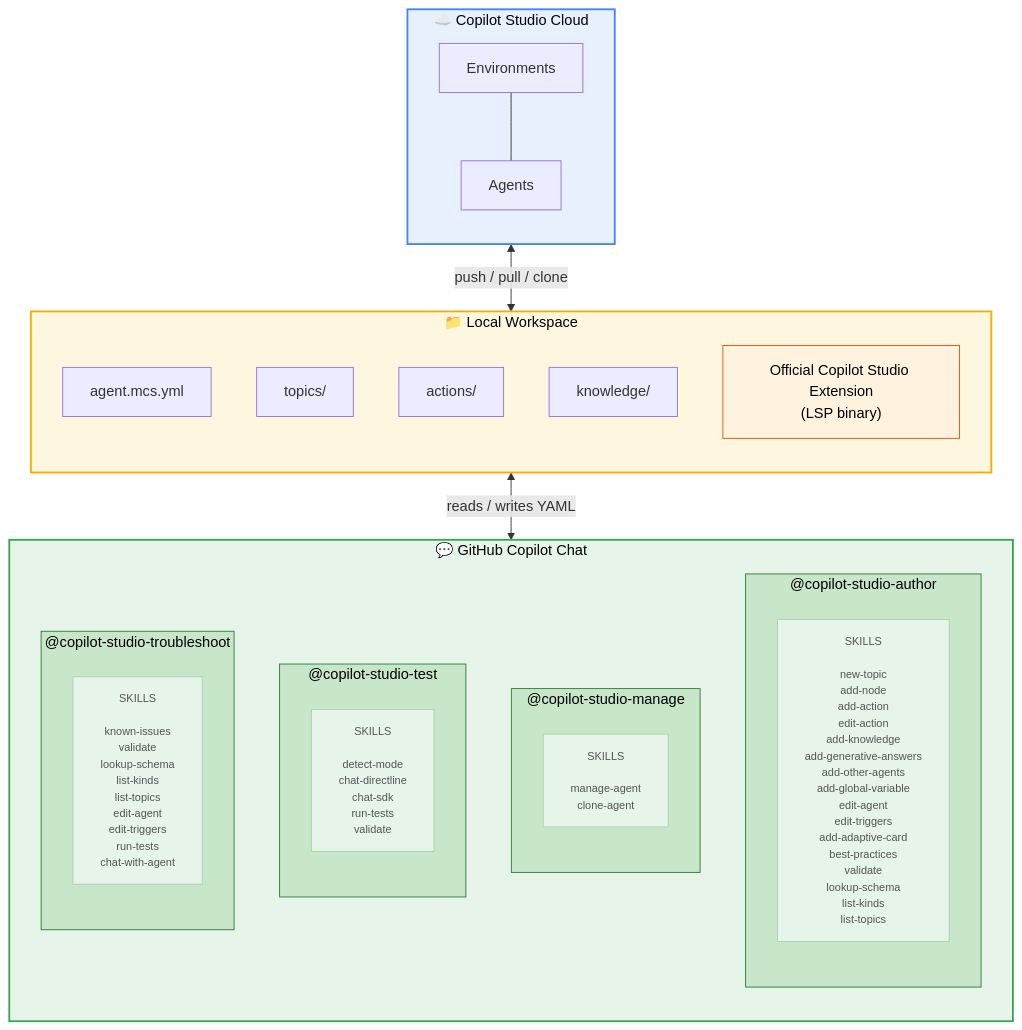
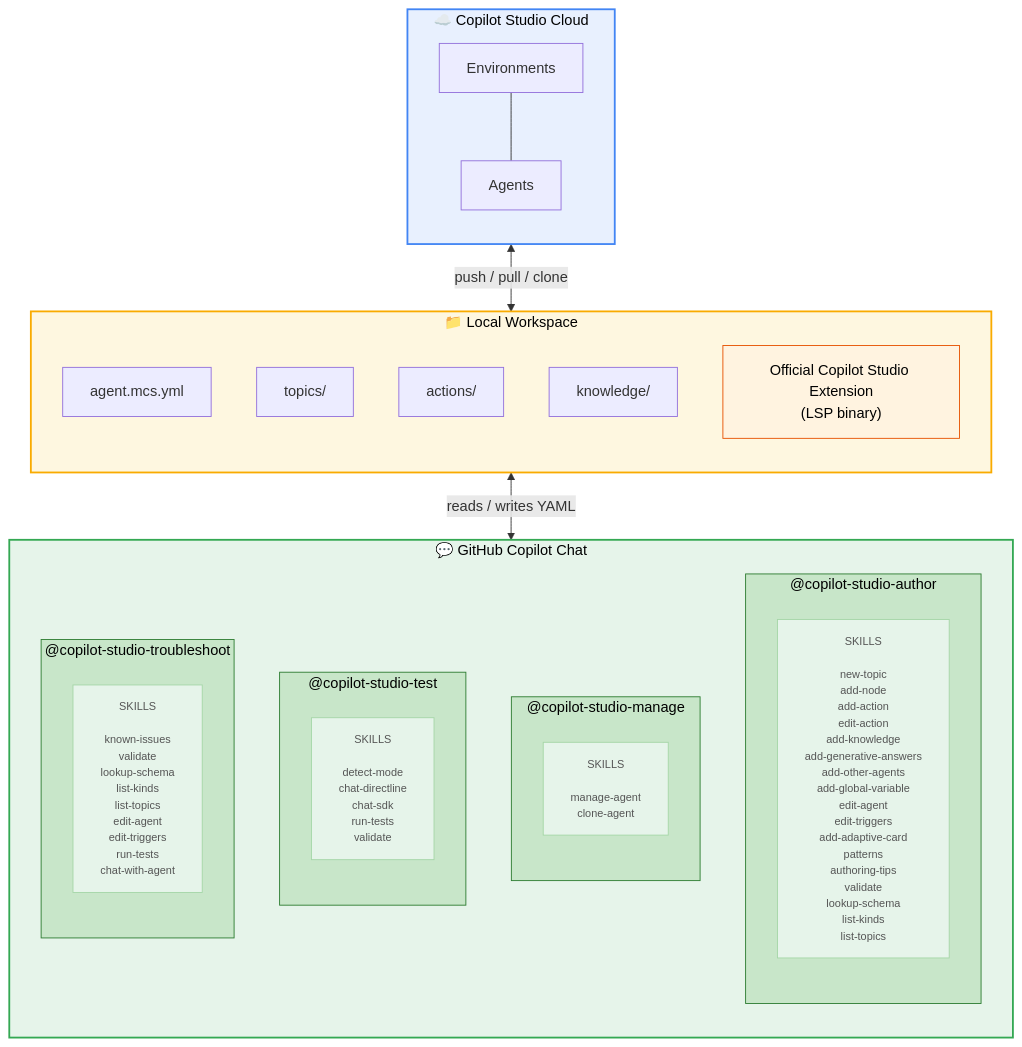
The diagram in extension/docs/blog/blog-post.md (coatsy/skills-for-copilot-studio), drawn with Mermaid before and after one commit. The commit also changed other lines of this file and 5 other files, not shown here.

````diff
--- a/extension/docs/blog/blog-post.md
+++ b/extension/docs/blog/blog-post.md
@@ -25,58 +25,58 @@
 ```mermaid
 graph TB
     subgraph cloud["☁️ Copilot Studio Cloud"]
         direction TB
         envs["Environments"]
         agents_cloud["Agents"]
         envs --- agents_cloud
     end
 
     subgraph workspace["📁 Local Workspace"]
         direction TB
         agent_yml["agent.mcs.yml"]
         topics["topics/"]
         actions["actions/"]
         knowledge["knowledge/"]
         lsp["Official Copilot Studio Extension<br/>(LSP binary)"]
     end
 
     subgraph chat["💬 GitHub Copilot Chat"]
         direction TB
 
         subgraph author_grp["@copilot-studio-author"]
             direction TB
-            author_skills["SKILLS<br/><br/>new-topic<br/>add-node<br/>add-action<br/>edit-action<br/>add-knowledge<br/>add-generative-answers<br/>add-other-agents<br/>add-global-variable<br/>edit-agent<br/>edit-triggers<br/>add-adaptive-card<br/>best-practices<br/>validate<br/>lookup-schema<br/>list-kinds<br/>list-topics"]
+            author_skills["SKILLS<br/><br/>new-topic<br/>add-node<br/>add-action<br/>edit-action<br/>add-knowledge<br/>add-generative-answers<br/>add-other-agents<br/>add-global-variable<br/>edit-agent<br/>edit-triggers<br/>add-adaptive-card<br/>patterns<br/>authoring-tips<br/>validate<br/>lookup-schema<br/>list-kinds<br/>list-topics"]
         end
 
         subgraph manage_grp["@copilot-studio-manage"]
             direction TB
             manage_skills["SKILLS<br/><br/>manage-agent<br/>clone-agent"]
         end
 
         subgraph test_grp["@copilot-studio-test"]
             direction TB
             test_skills["SKILLS<br/><br/>detect-mode<br/>chat-directline<br/>chat-sdk<br/>run-tests<br/>validate"]
         end
 
         subgraph troubleshoot_grp["@copilot-studio-troubleshoot"]
             direction TB
             troubleshoot_skills["SKILLS<br/><br/>known-issues<br/>validate<br/>lookup-schema<br/>list-kinds<br/>list-topics<br/>edit-agent<br/>edit-triggers<br/>run-tests<br/>chat-with-agent"]
         end
     end
 
     cloud <-- "push / pull / clone" --> workspace
     workspace <-- "reads / writes YAML" --> chat
 
     style cloud fill:#e8f0fe,stroke:#4285f4,stroke-width:2px,color:#000
     style workspace fill:#fef7e0,stroke:#f9ab00,stroke-width:2px,color:#000
     style chat fill:#e6f4ea,stroke:#34a853,stroke-width:2px,color:#000
     style lsp fill:#fff3e0,stroke:#e65100,stroke-width:1px,color:#000
     style author_grp fill:#c8e6c9,stroke:#2e7d32,stroke-width:1px,color:#000
     style manage_grp fill:#c8e6c9,stroke:#2e7d32,stroke-width:1px,color:#000
     style test_grp fill:#c8e6c9,stroke:#2e7d32,stroke-width:1px,color:#000
     style troubleshoot_grp fill:#c8e6c9,stroke:#2e7d32,stroke-width:1px,color:#000
     style author_skills fill:#e6f4ea,stroke:#a5d6a7,stroke-width:1px,color:#555,font-size:12px
     style manage_skills fill:#e6f4ea,stroke:#a5d6a7,stroke-width:1px,color:#555,font-size:12px
     style test_skills fill:#e6f4ea,stroke:#a5d6a7,stroke-width:1px,color:#555,font-size:12px
     style troubleshoot_skills fill:#e6f4ea,stroke:#a5d6a7,stroke-width:1px,color:#555,font-size:12px
 ```
````
